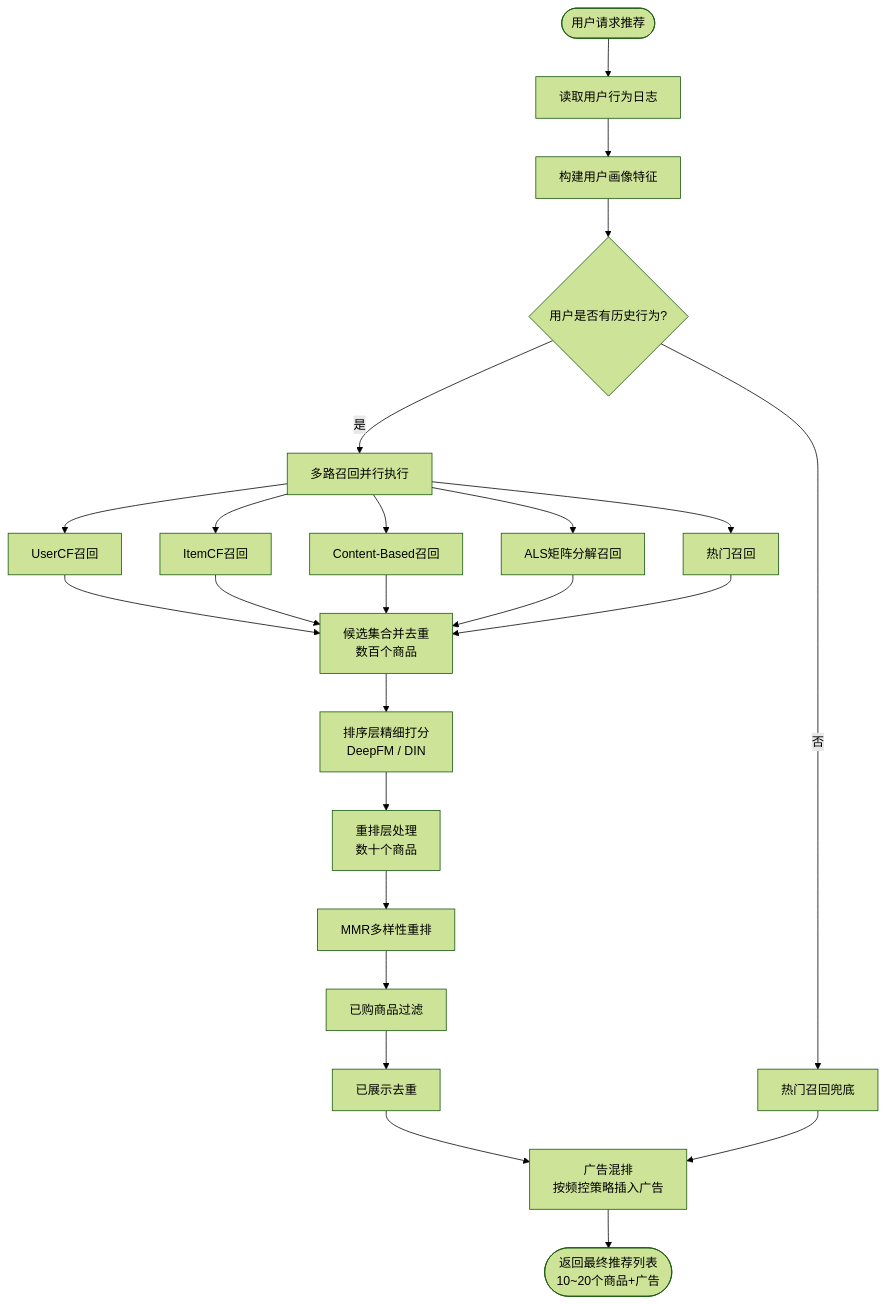
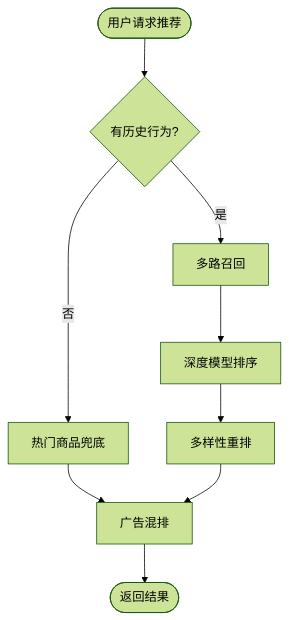
One commit to kun041011/ecommerce-ad-recommendation-system changed the second of 4 diagrams in docs/figures.md. Above: the diagram before and after it, drawn with Mermaid (forest theme). The commit also changed other lines of this file and 2 other files, not shown here.

Commit message:
docs: simplify flowcharts to 4 clean diagrams (5-8 nodes each)

````diff
--- a/docs/figures.md
+++ b/docs/figures.md
@@ -54,29 +24,11 @@
 ```mermaid
 flowchart TB
-    Start([用户请求推荐]) --> A[读取用户行为日志]
-    A --> B[构建用户画像特征]
-    B --> C{用户是否有历史行为?}
-    C -->|否| D[热门召回兜底]
-    C -->|是| E[多路召回并行执行]
-    
-    E --> E1[UserCF召回]
-    E --> E2[ItemCF召回]
-    E --> E3[Content-Based召回]
-    E --> E4[ALS矩阵分解召回]
-    E --> E5[热门召回]
-    
-    E1 --> F[候选集合并去重<br/>数百个商品]
-    E2 --> F
-    E3 --> F
-    E4 --> F
-    E5 --> F
-    
-    F --> G[排序层精细打分<br/>DeepFM / DIN]
-    G --> H[重排层处理<br/>数十个商品]
-    H --> H1[MMR多样性重排]
-    H1 --> H2[已购商品过滤]
-    H2 --> H3[已展示去重]
-    H3 --> I[广告混排<br/>按频控策略插入广告]
-    D --> I
-    I --> End([返回最终推荐列表<br/>10~20个商品+广告])
+    A([用户请求推荐]) --> B{有历史行为?}
+    B -->|否| C[热门商品兜底]
+    B -->|是| D[多路召回]
+    D --> E[深度模型排序]
+    E --> F[多样性重排]
+    C --> G[广告混排]
+    F --> G
+    G --> H([返回结果])
 ```
````
